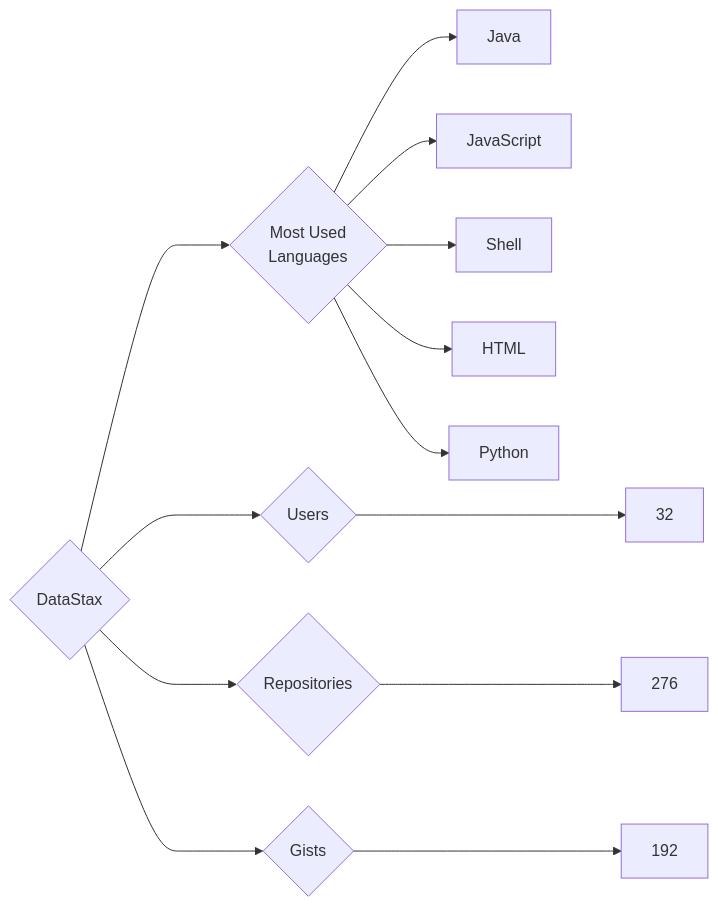
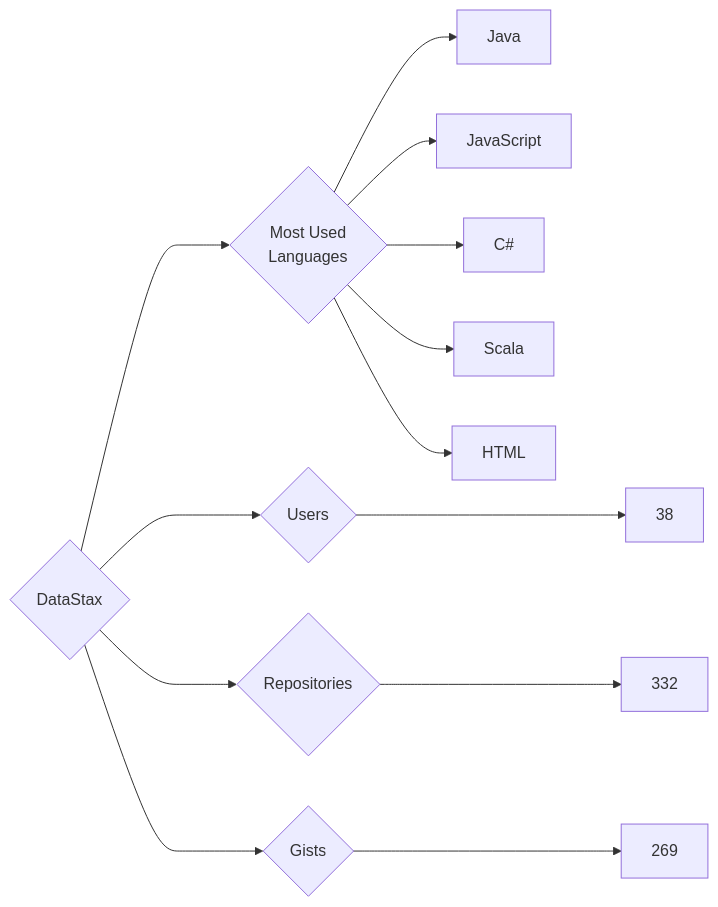
One commit to trickest/insiders changed the diagram in targets/DataStax/README.md. Above: the diagram before and after it, drawn with Mermaid. The commit also changed 714 other files, not shown here.

````diff
--- a/targets/DataStax/README.md
+++ b/targets/DataStax/README.md
@@ -3,13 +3,13 @@
 ```mermaid
 graph LR
 COMPANY_NAME{DataStax}
-COMPANY_NAME ---> U{Users} ---> UN[32]
-COMPANY_NAME ---> R{Repositories} ---> RN[276]
-COMPANY_NAME ---> G{Gists} ---> GN[192]
+COMPANY_NAME ---> U{Users} ---> UN[38]
+COMPANY_NAME ---> R{Repositories} ---> RN[332]
+COMPANY_NAME ---> G{Gists} ---> GN[269]
 COMPANY_NAME ---> ML{Most Used<br>Languages}
 ML --> Java[Java]
 ML --> JavaScript[JavaScript]
-ML --> Shell[Shell]
+ML --> C#[C#]
+ML --> Scala[Scala]
 ML --> HTML[HTML]
-ML --> Python[Python]
 ```
````
